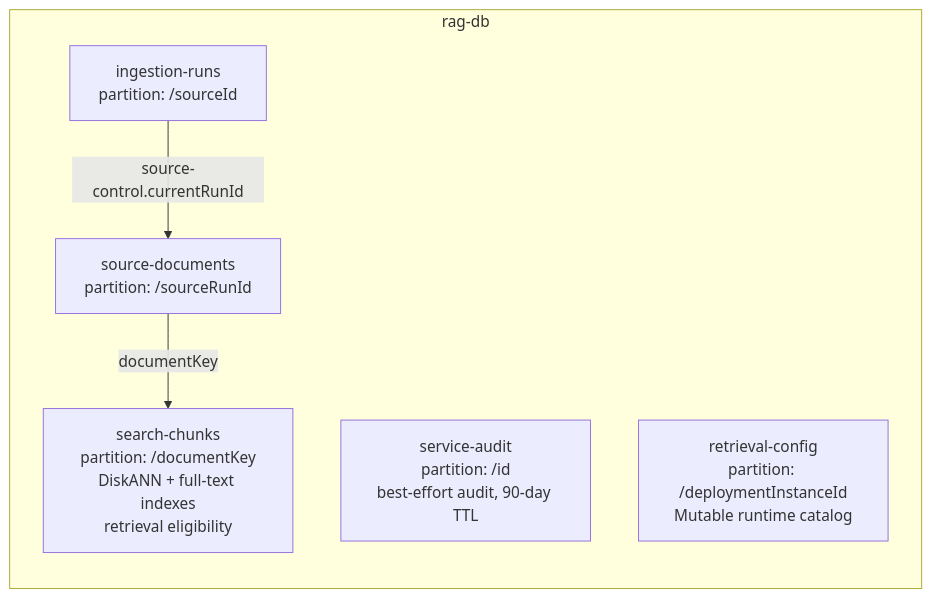
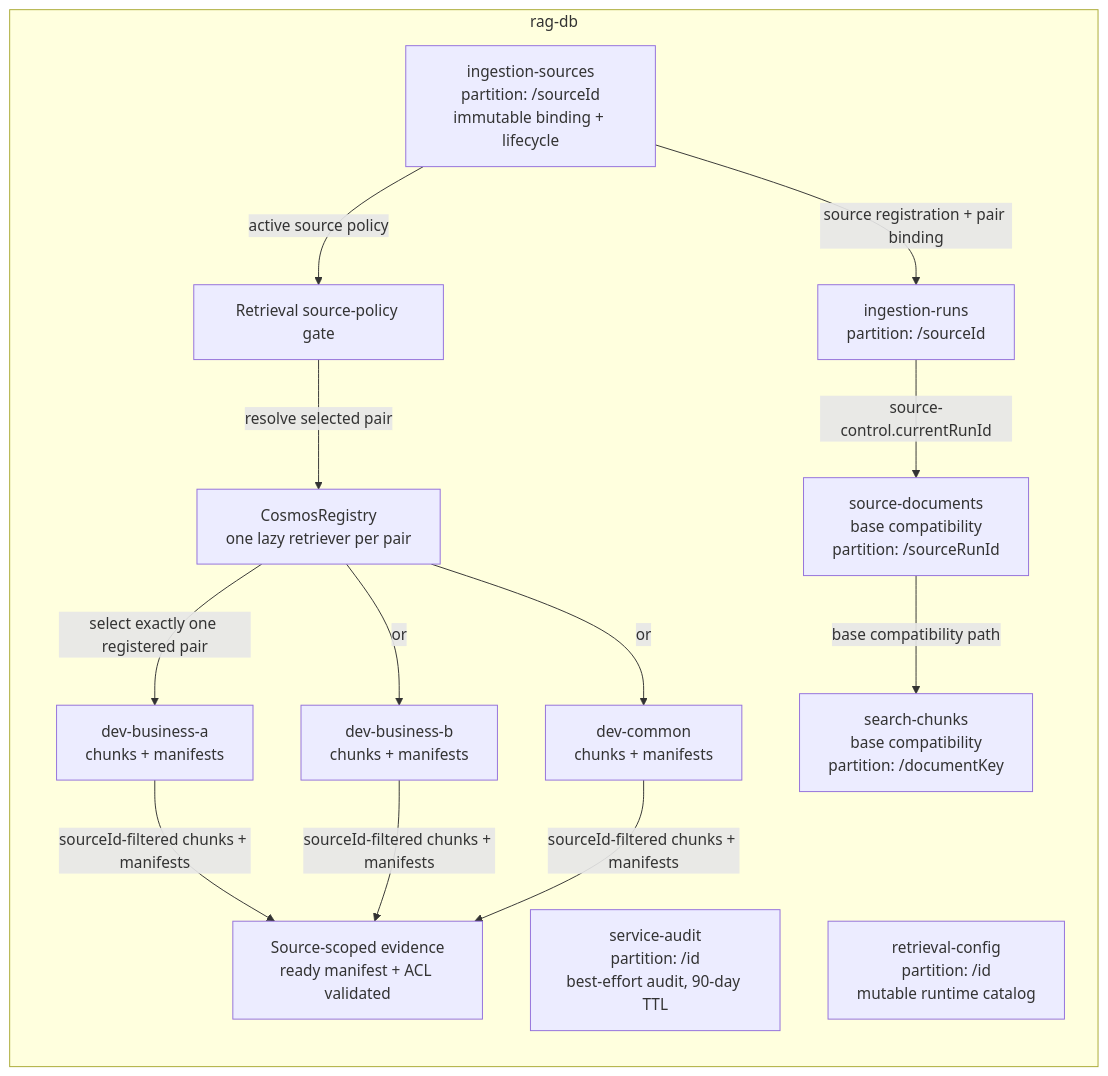
Before and after one commit to HariVamsiChittari1/enterprise-rag-pipeline: the ninth of 14 diagrams in docs/ARCHITECTURE.md, drawn with Mermaid. The commit also changed other lines of this file and 129 other files, not shown here.

````diff
--- a/docs/ARCHITECTURE.md
+++ b/docs/ARCHITECTURE.md
@@ -396,12 +505,28 @@
 ```mermaid
 flowchart LR
     subgraph rag-db
+        C0[ingestion-sources<br/>partition: /sourceId<br/>immutable binding + lifecycle]
         C1[ingestion-runs<br/>partition: /sourceId]
-        C2[source-documents<br/>partition: /sourceRunId]
-        C3[search-chunks<br/>partition: /documentKey<br/>DiskANN + full-text indexes<br/>retrieval eligibility]
-        C4[service-audit<br/>partition: /id<br/>best-effort audit, 90-day TTL]
-        C5[retrieval-config<br/>partition: /deploymentInstanceId<br/>Mutable runtime catalog]
+        C2[source-documents<br/>base compatibility<br/>partition: /sourceRunId]
+        C3[search-chunks<br/>base compatibility<br/>partition: /documentKey]
+        P1[dev-business-a<br/>chunks + manifests]
+        P2[dev-business-b<br/>chunks + manifests]
+        P3[dev-common<br/>chunks + manifests]
+        C5[service-audit<br/>partition: /id<br/>best-effort audit, 90-day TTL]
+        C6[retrieval-config<br/>partition: /id<br/>mutable runtime catalog]
+        R[Retrieval source-policy gate]
+        CR[CosmosRegistry<br/>one lazy retriever per pair]
+        E[Source-scoped evidence<br/>ready manifest + ACL validated]
     end
+    C0 -->|source registration + pair binding| C1
+    C0 -->|active source policy| R
+    R -->|resolve selected pair| CR
+    CR -->|select exactly one registered pair| P1
+    CR -->|or| P2
+    CR -->|or| P3
     C1 -->|source-control.currentRunId| C2
-    C2 -->|documentKey| C3
+    C2 -->|base compatibility path| C3
+    P1 -->|sourceId-filtered chunks + manifests| E
+    P2 -->|sourceId-filtered chunks + manifests| E
+    P3 -->|sourceId-filtered chunks + manifests| E
 ```
````
